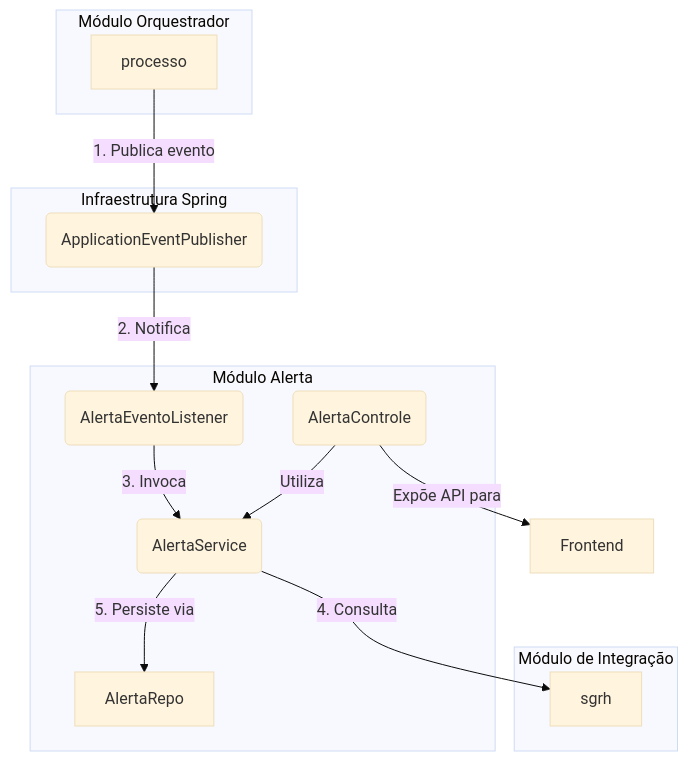
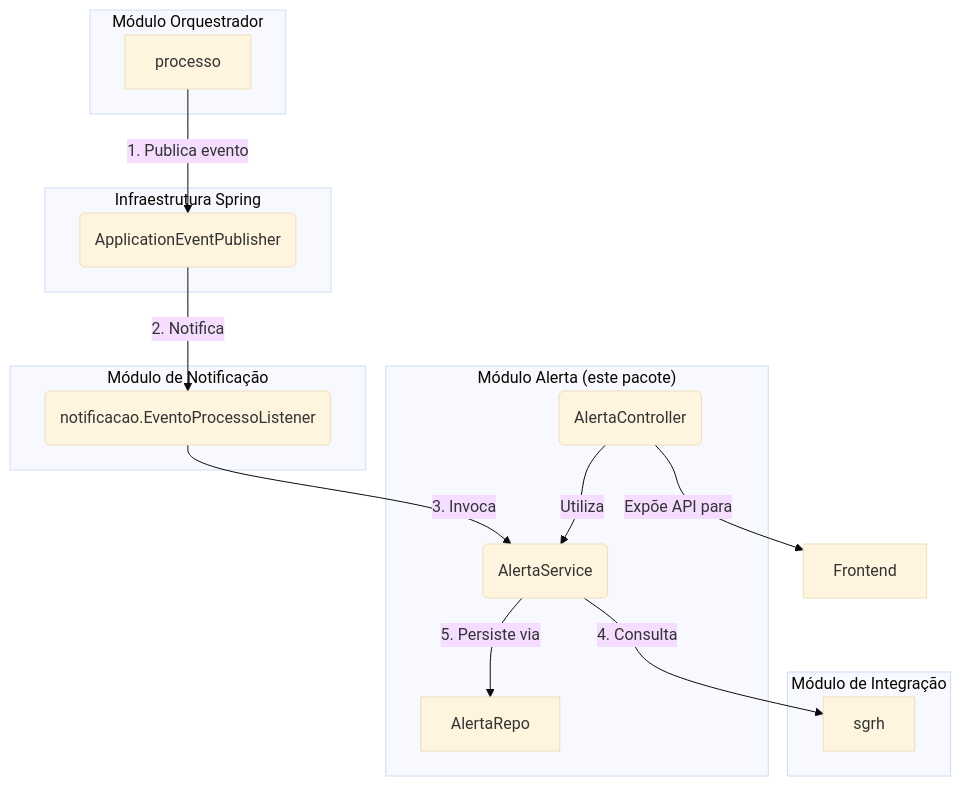
The diagram in backend/src/main/java/sgc/alerta/README.md (lgalvao/sgc), drawn with Mermaid (base theme) before and after one commit. The commit also changed other lines of this file and 893 other files, not shown here.

````diff
--- a/backend/src/main/java/sgc/alerta/README.md
+++ b/backend/src/main/java/sgc/alerta/README.md
@@ -11,30 +12,33 @@
 ```mermaid
 graph TD
     subgraph "Módulo Orquestrador"
         P[processo]
     end
 
     subgraph "Infraestrutura Spring"
         EventBus(ApplicationEventPublisher)
     end
 
-    subgraph "Módulo Alerta"
-        Listener(AlertaEventoListener)
+    subgraph "Módulo de Notificação"
+        Listener(notificacao.EventoProcessoListener)
+    end
+
+    subgraph "Módulo Alerta (este pacote)"
         Service(AlertaService)
-        Controle(AlertaControle)
+        Controle(AlertaController)
         Repo[AlertaRepo]
     end
 
     subgraph "Módulo de Integração"
         SGRH[sgrh]
     end
 
     P -- 1. Publica evento --> EventBus
     EventBus -- 2. Notifica --> Listener
     Listener -- 3. Invoca --> Service
     Service -- 4. Consulta --> SGRH
     Service -- 5. Persiste via --> Repo
 
     Controle -- Expõe API para --> Frontend
     Controle -- Utiliza --> Service
 ```
````
